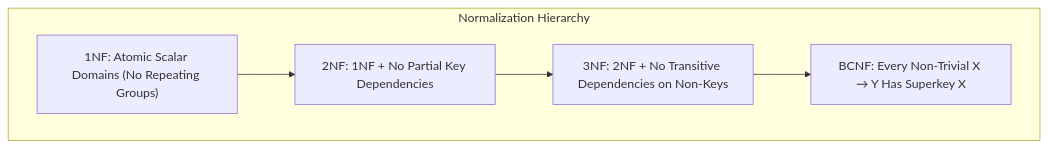
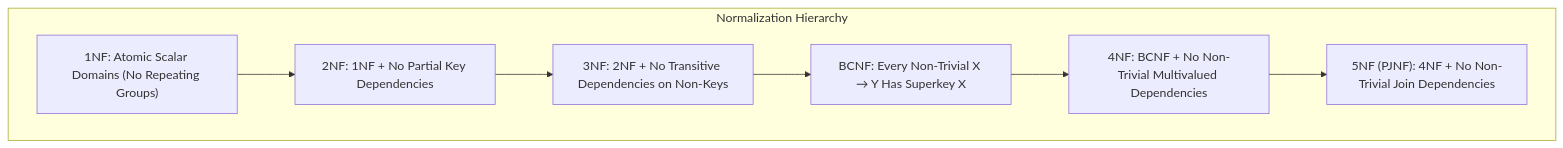
Before and after one commit to espoem/zero-to-one: the second of 4 diagrams in architecture/data-systems/modules/01-data-models-and-query-languages.md, drawn with Mermaid. The commit also changed other lines of this file and 3 other files, not shown here.

````diff
--- a/architecture/data-systems/modules/01-data-models-and-query-languages.md
+++ b/architecture/data-systems/modules/01-data-models-and-query-languages.md
@@ -90,12 +92,16 @@
 ```mermaid
 graph TD
     subgraph Normalization Hierarchy
         A["1NF: Atomic Scalar Domains (No Repeating Groups)"]
         B["2NF: 1NF + No Partial Key Dependencies"]
         C["3NF: 2NF + No Transitive Dependencies on Non-Keys"]
         D["BCNF: Every Non-Trivial X → Y Has Superkey X"]
+        E["4NF: BCNF + No Non-Trivial Multivalued Dependencies"]
+        F["5NF (PJNF): 4NF + No Non-Trivial Join Dependencies"]
         A --> B
         B --> C
         C --> D
+        D --> E
+        E --> F
     end
 ```
````
